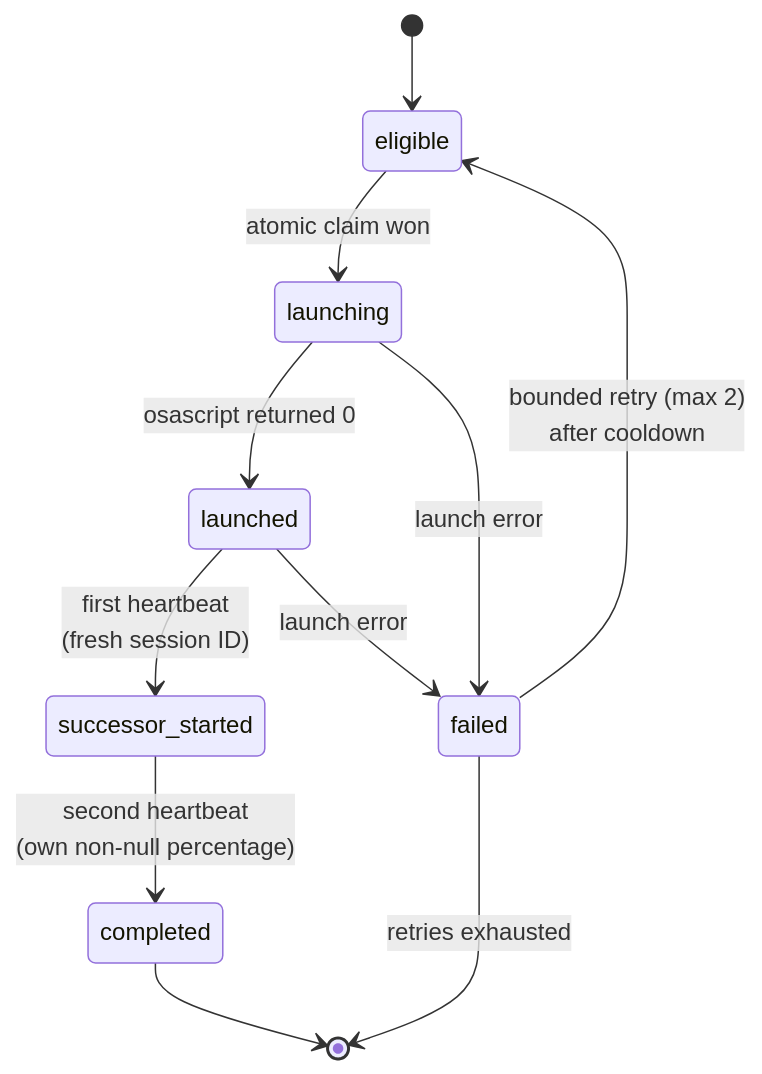
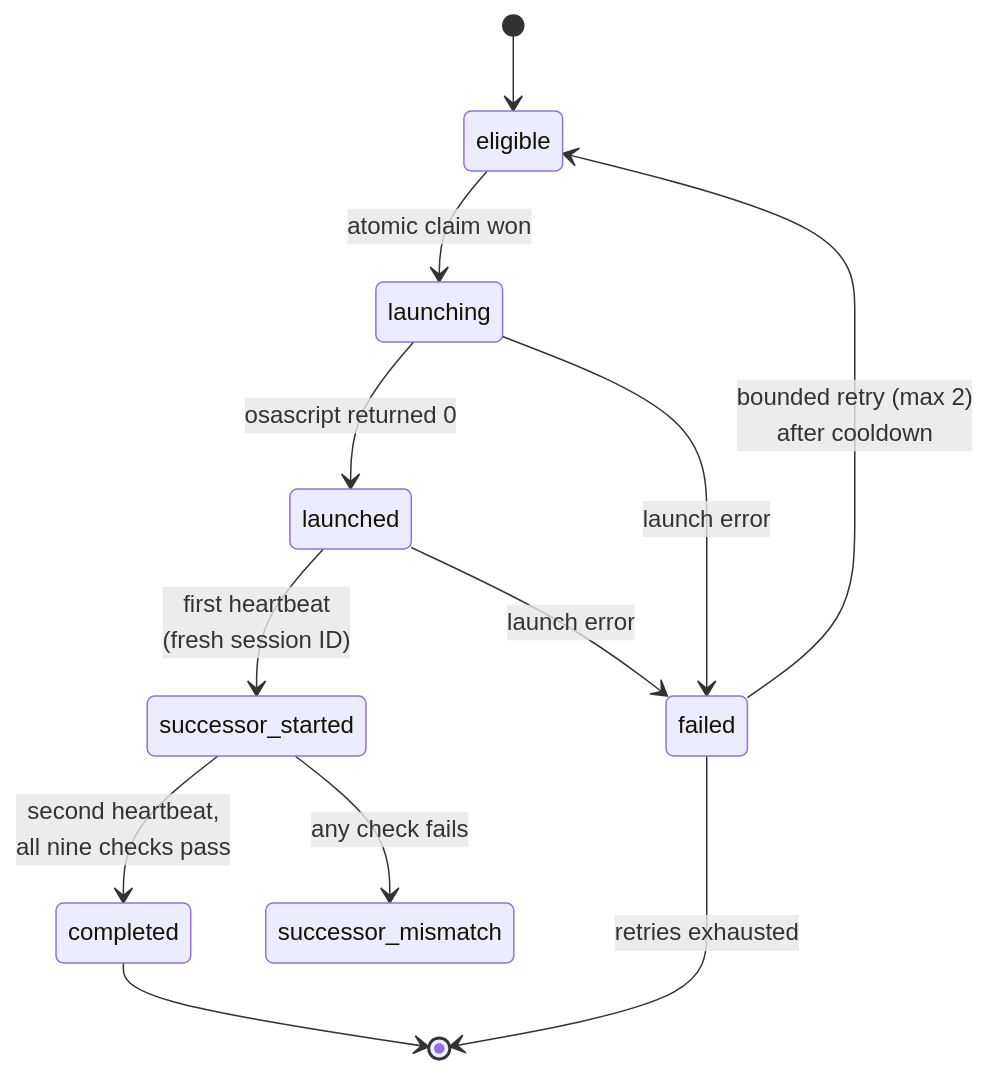
The fifth of 7 diagrams in docs/ARCHITECTURE.md (aegis-systemsv1/terminal-handoff), drawn with Mermaid before and after one commit. The commit also changed other lines of this file and 28 other files, not shown here.

````diff
--- a/docs/ARCHITECTURE.md
+++ b/docs/ARCHITECTURE.md
@@ -152,13 +172,14 @@
 ```mermaid
 stateDiagram-v2
     [*] --> eligible
     eligible --> launching: atomic claim won
     launching --> launched: osascript returned 0
     launched --> successor_started: first heartbeat<br/>(fresh session ID)
-    successor_started --> completed: second heartbeat<br/>(own non-null percentage)
+    successor_started --> completed: second heartbeat,<br/>all nine checks pass
+    successor_started --> successor_mismatch: any check fails
     launching --> failed: launch error
     launched --> failed: launch error
     failed --> eligible: bounded retry (max 2)<br/>after cooldown
     failed --> [*]: retries exhausted
     completed --> [*]
 ```
````
